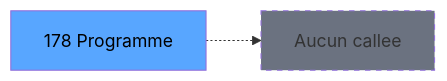
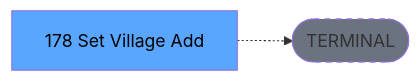
One commit to thonyAGP/lecteur-magic changed the third of 3 diagrams in .openspec/specs/ADH-IDE-178.md. Above: the diagram before and after it, drawn with Mermaid. The commit also changed other lines of this file and 701 other files, not shown here.

````diff
--- a/.openspec/specs/ADH-IDE-178.md
+++ b/.openspec/specs/ADH-IDE-178.md
@@ -145,8 +134,8 @@
 ```mermaid
 graph LR
-    T[178 Programme]
-    NONE[Aucun callee]
-    T -.-> NONE
+    T[178 Set Village Add]
+    TERM([TERMINAL])
+    T -.-> TERM
+    style TERM fill:#6b7280,stroke-dasharray: 5 5
     style T fill:#58a6ff,color:#000
-    style NONE fill:#6b7280,stroke-dasharray: 5 5
 ```
````
